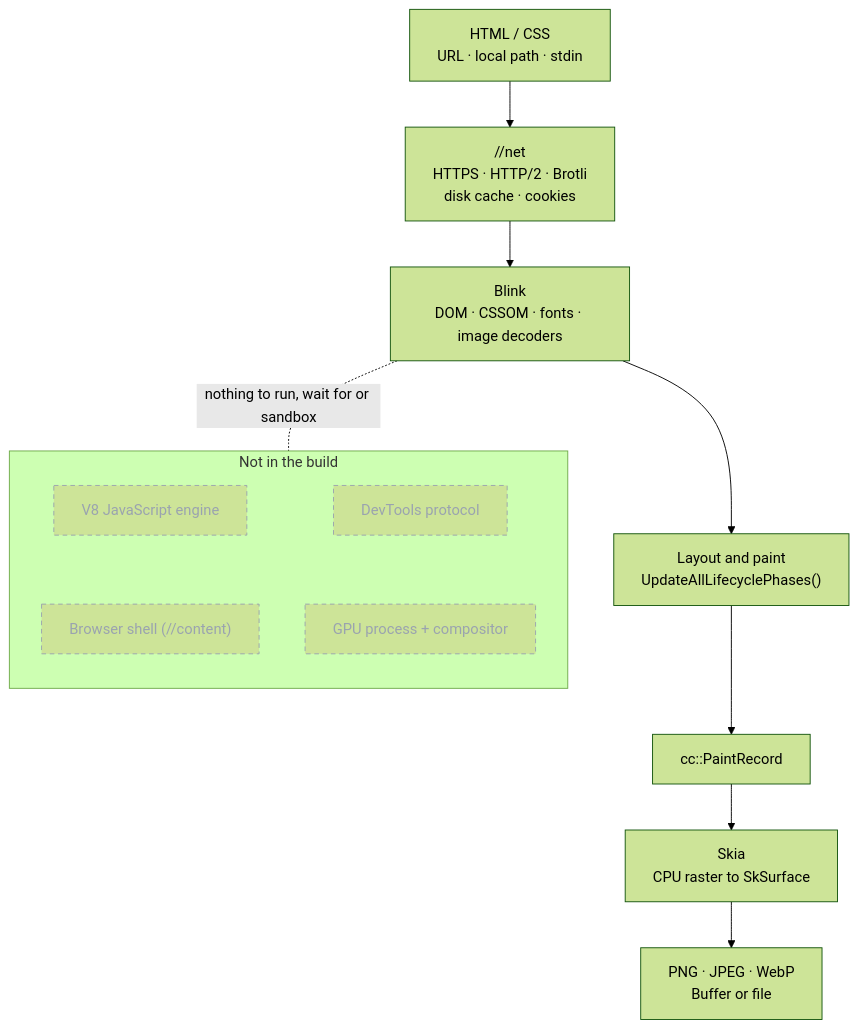
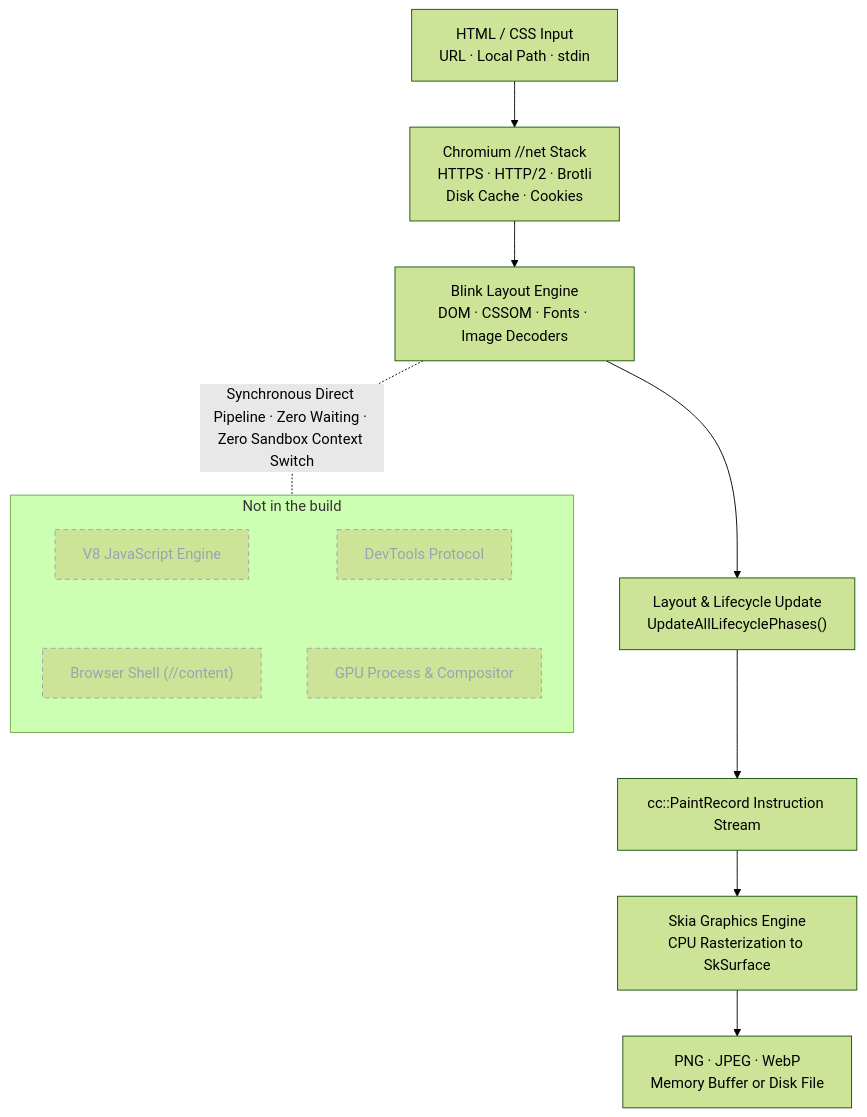
Before and after one commit to sj817/shotium: the second of 2 diagrams in README.md, drawn with Mermaid (forest theme). The commit also changed other lines of this file and 3 other files, not shown here.

````diff
--- a/README.md
+++ b/README.md
@@ -615,27 +579,27 @@
 ```mermaid
 flowchart TB
-    IN["HTML / CSS<br/>URL · local path · stdin"]
-    NET["//net<br/>HTTPS · HTTP/2 · Brotli<br/>disk cache · cookies"]
-    BLINK["Blink<br/>DOM · CSSOM · fonts · image decoders"]
-    LIFE["Layout and paint<br/>UpdateAllLifecyclePhases()"]
-    REC["cc::PaintRecord"]
-    SKIA["Skia<br/>CPU raster to SkSurface"]
-    OUT["PNG · JPEG · WebP<br/>Buffer or file"]
+    IN["HTML / CSS Input<br/>URL · Local Path · stdin"]
+    NET["Chromium //net Stack<br/>HTTPS · HTTP/2 · Brotli<br/>Disk Cache · Cookies"]
+    BLINK["Blink Layout Engine<br/>DOM · CSSOM · Fonts · Image Decoders"]
+    LIFE["Layout & Lifecycle Update<br/>UpdateAllLifecyclePhases()"]
+    REC["cc::PaintRecord Instruction Stream"]
+    SKIA["Skia Graphics Engine<br/>CPU Rasterization to SkSurface"]
+    OUT["PNG · JPEG · WebP<br/>Memory Buffer or Disk File"]
 
     IN --> NET --> BLINK --> LIFE --> REC --> SKIA --> OUT
 
     subgraph cut["Not in the build"]
         direction TB
-        V8["V8 JavaScript engine"]
-        SHELL["Browser shell (//content)"]
-        DEVTOOLS["DevTools protocol"]
-        GPU["GPU process + compositor"]
+        V8["V8 JavaScript Engine"]
+        SHELL["Browser Shell (//content)"]
+        DEVTOOLS["DevTools Protocol"]
+        GPU["GPU Process & Compositor"]
         V8 ~~~ SHELL
         DEVTOOLS ~~~ GPU
     end
 
-    BLINK -. "nothing to run, wait for or sandbox" .- cut
+    BLINK -. "Synchronous Direct Pipeline · Zero Waiting · Zero Sandbox Context Switch" .- cut
 
     classDef gone stroke-dasharray: 5 4,color:#9aa3af,stroke:#9aa3af
     class V8,SHELL,DEVTOOLS,GPU gone
 ```
````
